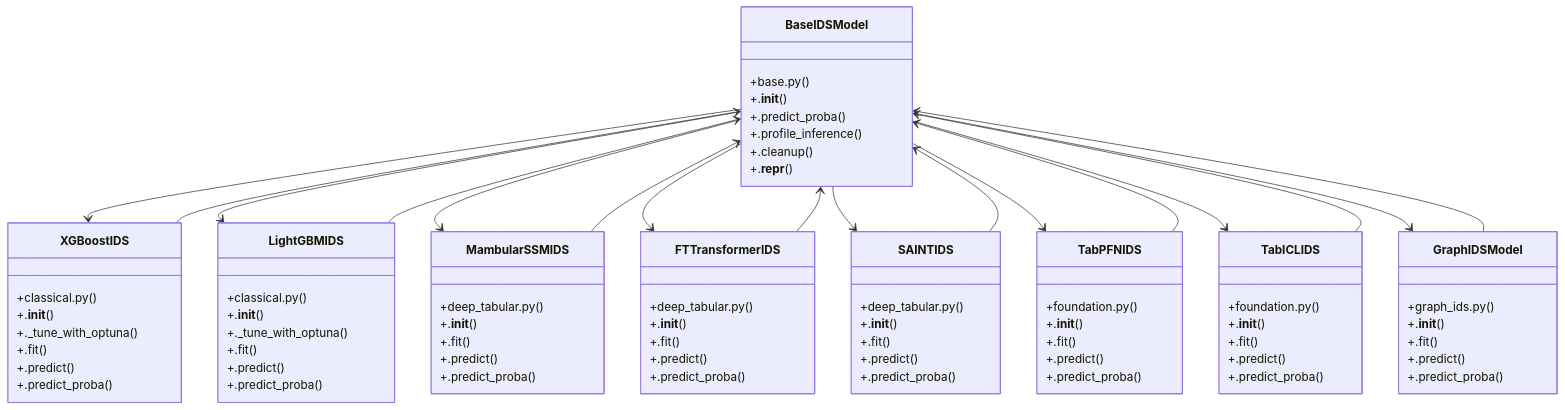
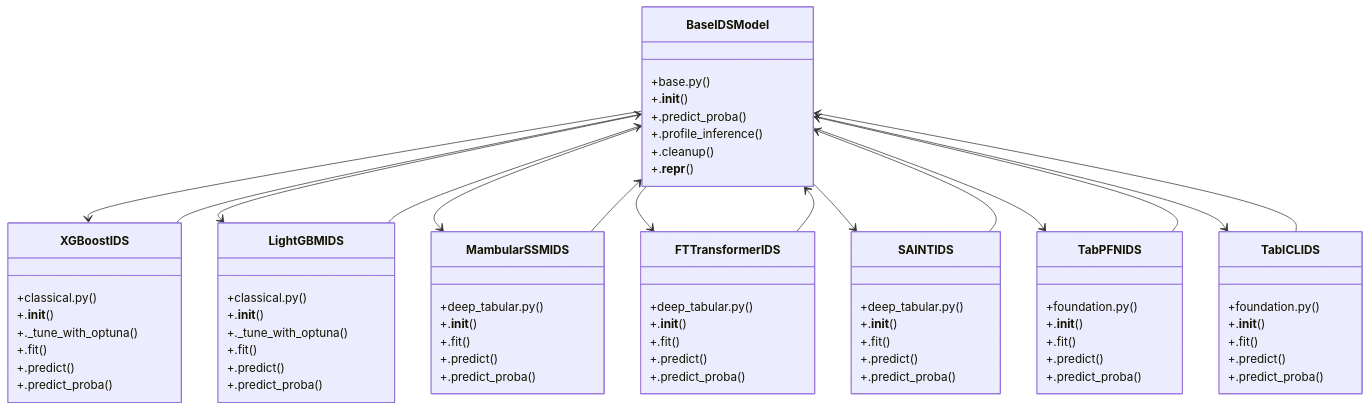
One commit to FY72X9/is_ai-vuln changed the diagram in graphify-out/wiki/Community_0.md. Above: the diagram before and after it, drawn with Mermaid. The commit also changed other lines of this file and 108 other files, not shown here.

Commit message:
docs: add generated knowledge graph wiki and cache files

````diff
--- a/graphify-out/wiki/Community_0.md
+++ b/graphify-out/wiki/Community_0.md
@@ -94,13 +94,6 @@
         +.predict()
         +.predict_proba()
     }
-    class GraphIDSModel {
-        +graph_ids.py()
-        +.__init__()
-        +.fit()
-        +.predict()
-        +.predict_proba()
-    }
     BaseIDSModel --> XGBoostIDS
     BaseIDSModel --> LightGBMIDS
     BaseIDSModel --> MambularSSMIDS
@@ -108,7 +101,6 @@
     BaseIDSModel --> SAINTIDS
     BaseIDSModel --> TabPFNIDS
     BaseIDSModel --> TabICLIDS
-    BaseIDSModel --> GraphIDSModel
     LightGBMIDS --> BaseIDSModel
     XGBoostIDS --> BaseIDSModel
     FTTransformerIDS --> BaseIDSModel
@@ -116,5 +108,4 @@
     SAINTIDS --> BaseIDSModel
     TabICLIDS --> BaseIDSModel
     TabPFNIDS --> BaseIDSModel
-    GraphIDSModel --> BaseIDSModel
 ```
````
